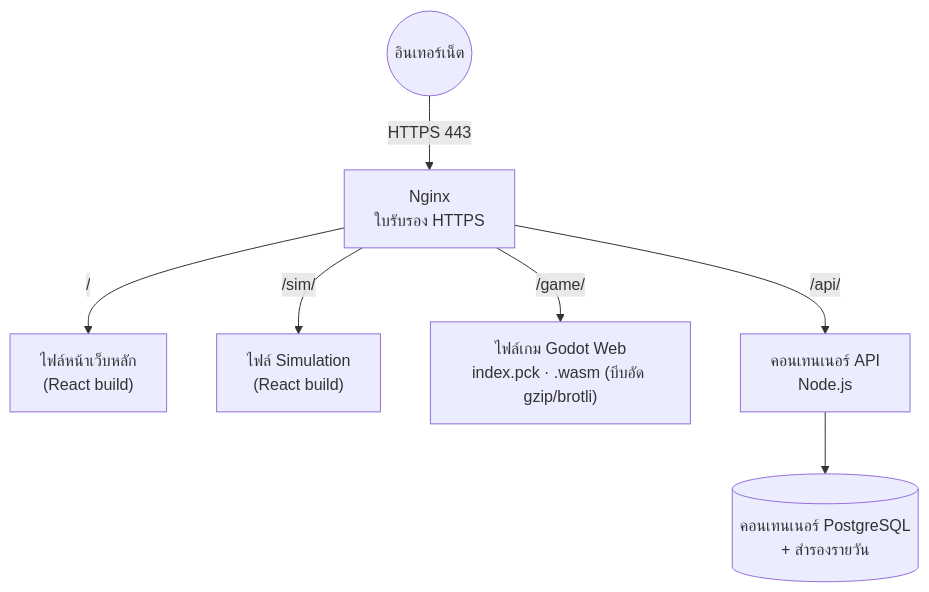
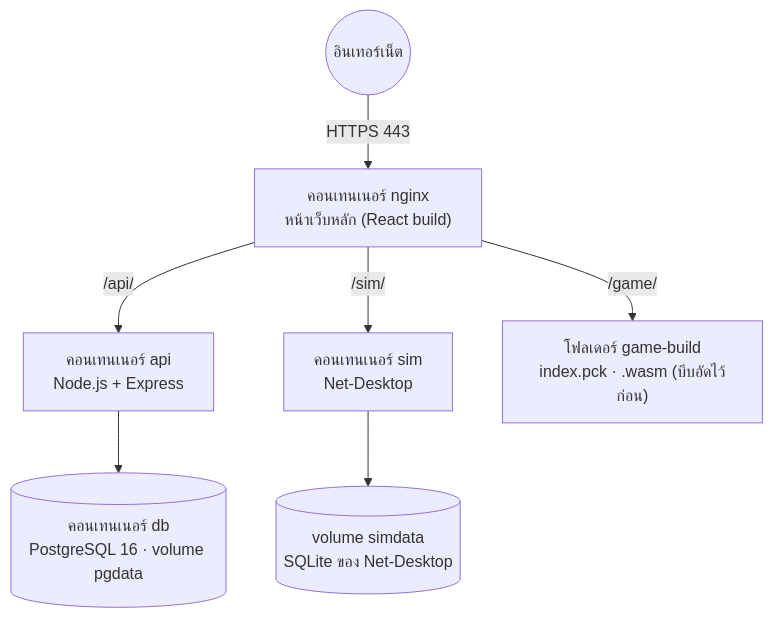
One commit to s6802041510091-stack/NetSim3D changed the sixth of 6 diagrams in เว็บไซต์/README.md. Above: the diagram before and after it, drawn with Mermaid. The commit also changed other lines of this file and 1 other file, not shown here.

````diff
--- a/เว็บไซต์/README.md
+++ b/เว็บไซต์/README.md
@@ -289,9 +330,9 @@
 ```mermaid
 flowchart TB
-  I(("อินเทอร์เน็ต")) -->|"HTTPS 443"| NG["Nginx<br/>ใบรับรอง HTTPS"]
-  NG -->|"/"| WEB["ไฟล์หน้าเว็บหลัก<br/>(React build)"]
-  NG -->|"/sim/"| SIM["ไฟล์ Simulation<br/>(React build)"]
-  NG -->|"/game/"| GAME["ไฟล์เกม Godot Web<br/>index.pck · .wasm (บีบอัด gzip/brotli)"]
-  NG -->|"/api/"| API["คอนเทนเนอร์ API<br/>Node.js"]
-  API --> DB[("คอนเทนเนอร์ PostgreSQL<br/>+ สำรองรายวัน")]
+  I(("อินเทอร์เน็ต")) -->|"HTTPS 443"| NG["คอนเทนเนอร์ nginx<br/>หน้าเว็บหลัก (React build)"]
+  NG -->|"/api/"| API["คอนเทนเนอร์ api<br/>Node.js + Express"]
+  NG -->|"/sim/"| SIM["คอนเทนเนอร์ sim<br/>Net-Desktop"]
+  NG -->|"/game/"| GAME["โฟลเดอร์ game-build<br/>index.pck · .wasm (บีบอัดไว้ก่อน)"]
+  API --> DB[("คอนเทนเนอร์ db<br/>PostgreSQL 16 · volume pgdata")]
+  SIM --> SD[("volume simdata<br/>SQLite ของ Net-Desktop")]
 ```
````
